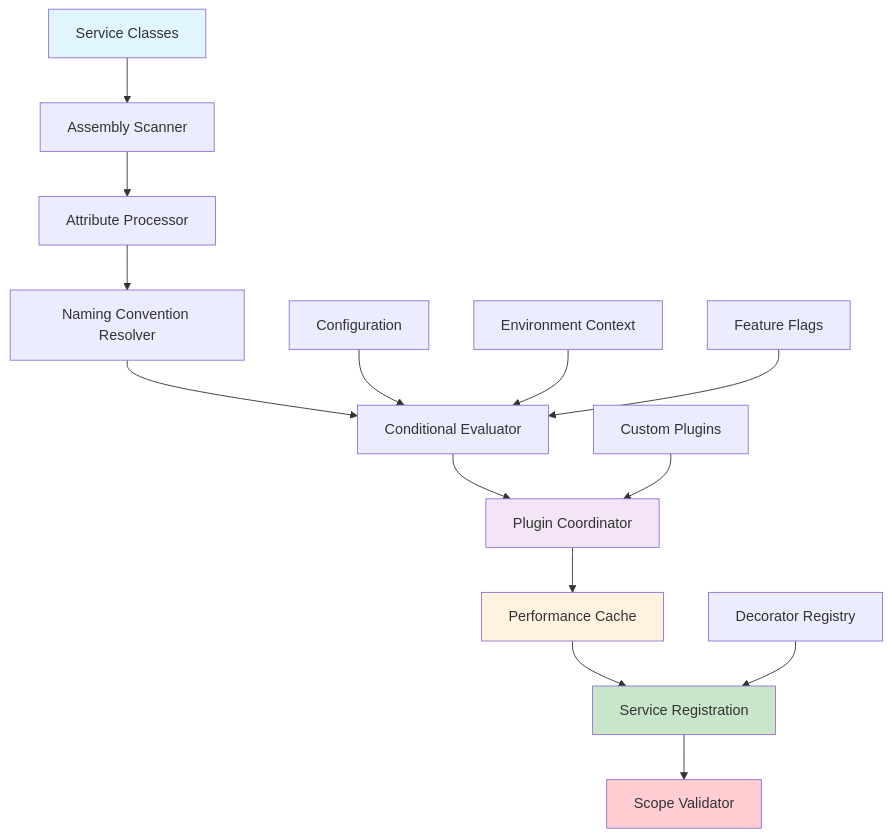
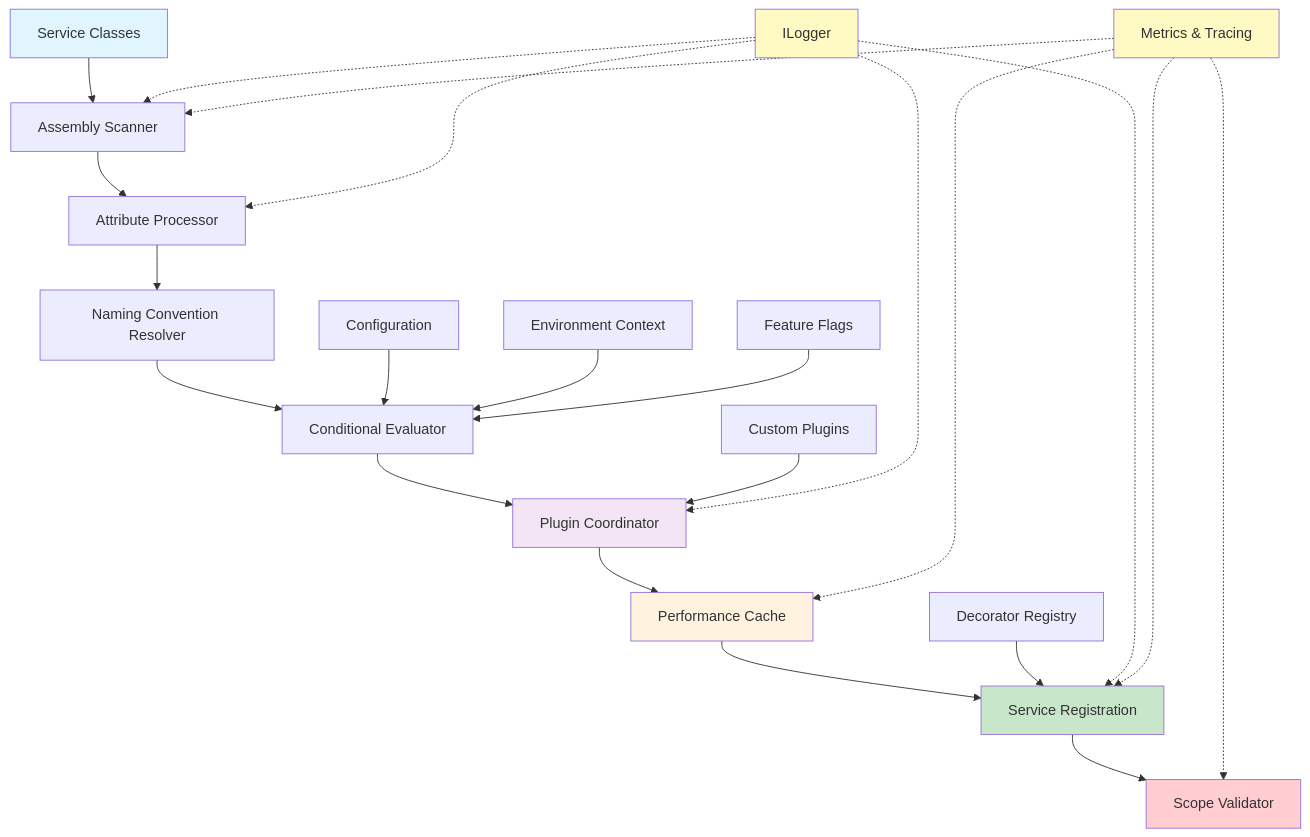
One commit to furkansarikaya/FS.AutoServiceDiscovery changed the diagram in README.md. Above: the diagram before and after it, drawn with Mermaid. The commit also changed other lines of this file and 13 other files, not shown here.

````diff
--- a/README.md
+++ b/README.md
@@ -187,23 +222,27 @@
 ```mermaid
 graph TB
     A[Service Classes] --> B[Assembly Scanner]
     B --> C[Attribute Processor]
     C --> D[Naming Convention Resolver]
     D --> E[Conditional Evaluator]
     E --> F[Plugin Coordinator]
     F --> G[Performance Cache]
     G --> H[Service Registration]
     H --> I[Scope Validator]
 
     J[Configuration] --> E
     K[Environment Context] --> E
     L[Feature Flags] --> E
     M[Custom Plugins] --> F
     N[Decorator Registry] --> H
+    O[ILogger] -.-> B & C & F & H
+    P[Metrics & Tracing] -.-> B & G & H & I
 
     style A fill:#e1f5fe
     style H fill:#c8e6c9
     style G fill:#fff3e0
     style F fill:#f3e5f5
     style I fill:#ffcdd2
+    style O fill:#fff9c4
+    style P fill:#fff9c4
 ```
````
